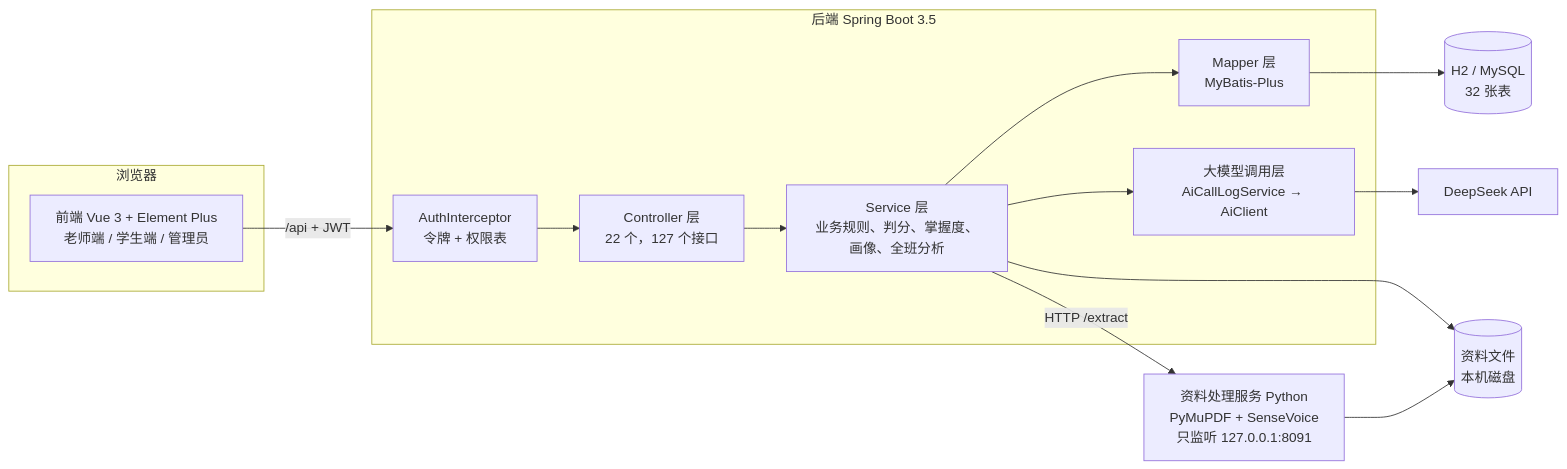
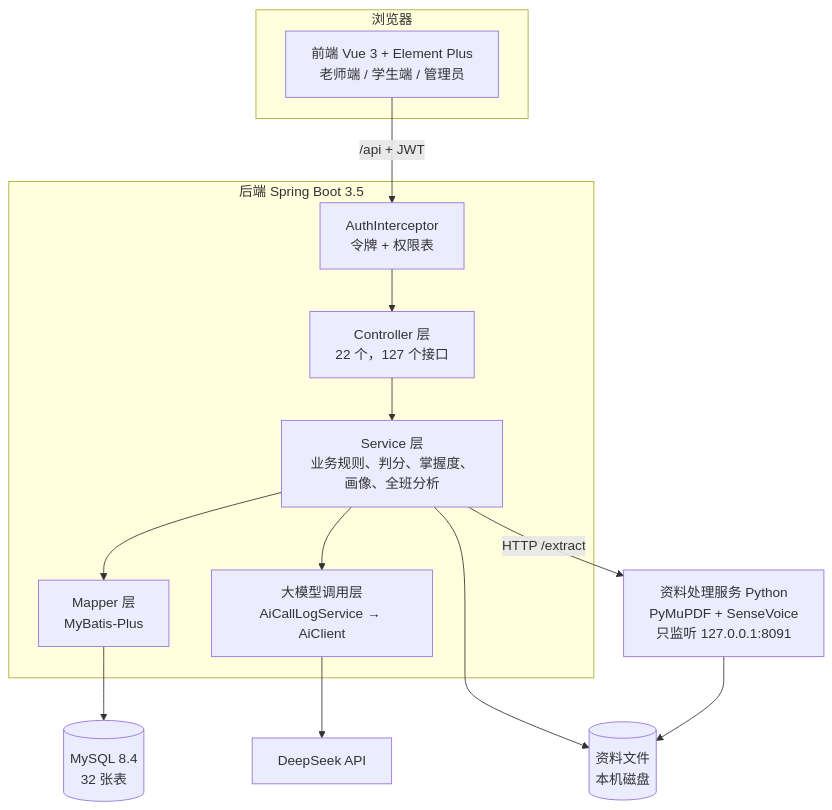
Before and after one commit to BRYANSOONZEN/Ai-Agent-Learning-Assistant: the first of 4 diagrams in docs/提交材料/02-组件设计.md, drawn with Mermaid. The commit also changed other lines of this file and 25 other files, not shown here.

First line of the commit message:
docs: 提交材料改成规范格式（引言起、无迭代说明），ER 图分模块，Word 版生成脚本

````diff
--- a/docs/提交材料/02-组件设计.md
+++ b/docs/提交材料/02-组件设计.md
@@ -58,24 +59,24 @@
 ```mermaid
-flowchart LR
+flowchart TB
     subgraph 浏览器
         FE[前端 Vue 3 + Element Plus<br/>老师端 / 学生端 / 管理员]
     end
     subgraph 后端 Spring Boot 3.5
         IC[AuthInterceptor<br/>令牌 + 权限表]
         C[Controller 层<br/>22 个，127 个接口]
         S[Service 层<br/>业务规则、判分、掌握度、画像、全班分析]
         AI[大模型调用层<br/>AiCallLogService → AiClient]
         M[Mapper 层<br/>MyBatis-Plus]
     end
-    DB[(H2 / MySQL<br/>32 张表)]
+    DB[(MySQL 8.4<br/>32 张表)]
     PY[资料处理服务 Python<br/>PyMuPDF + SenseVoice<br/>只监听 127.0.0.1:8091]
     LLM[DeepSeek API]
     FS[(资料文件<br/>本机磁盘)]
 
     FE -- "/api + JWT" --> IC --> C --> S
     S --> M --> DB
     S --> AI --> LLM
     S -- "HTTP /extract" --> PY
     PY --> FS
     S --> FS
 ```
````
